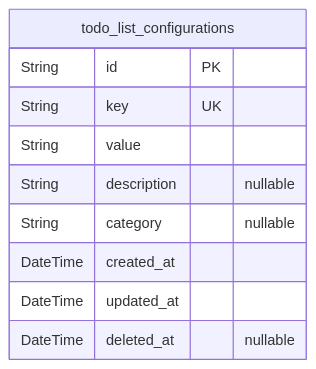
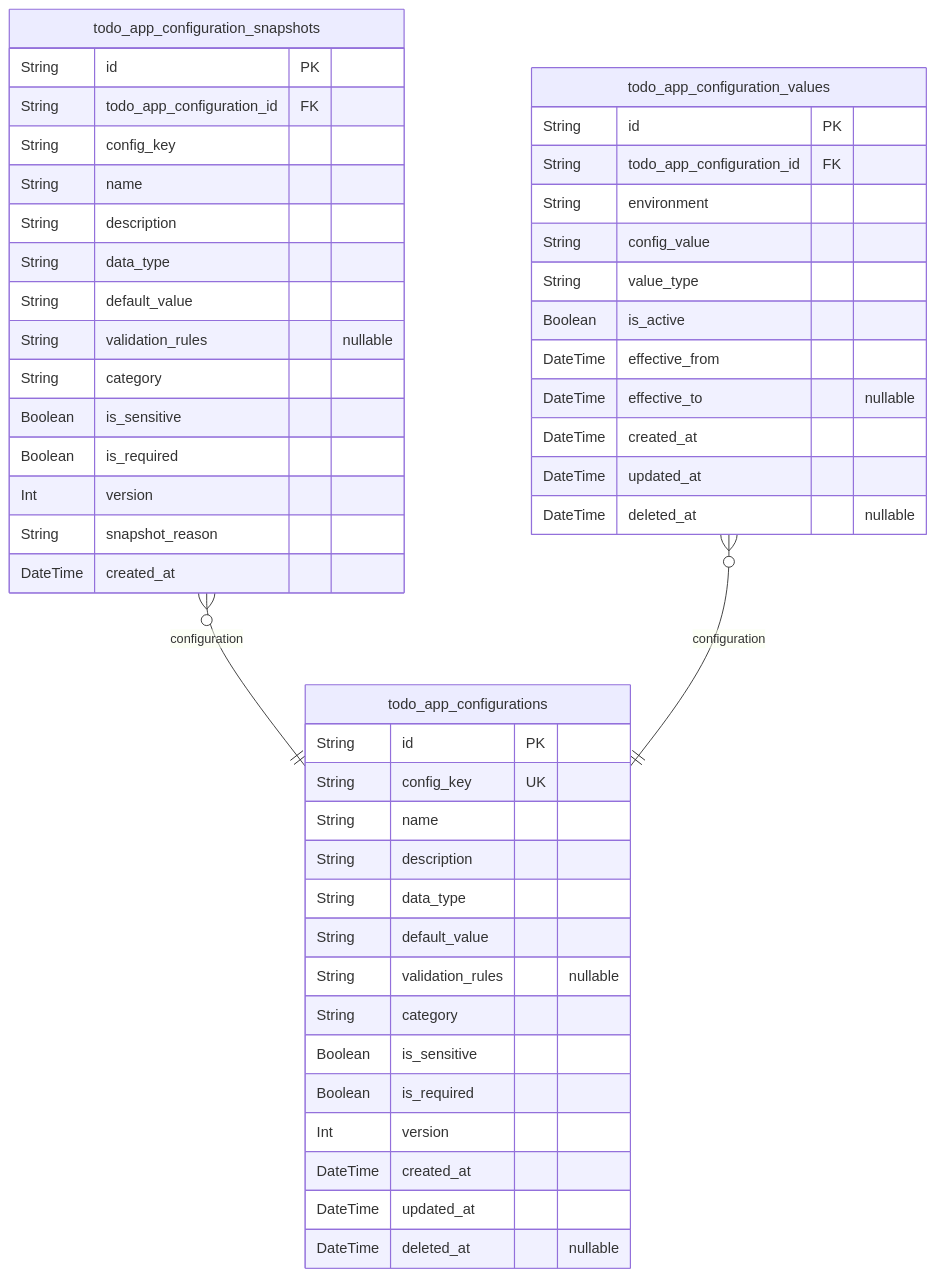
Before and after one commit to wrtnlabs/autobe-examples: the first of 4 diagrams in deepseek/deepseek-v3.1-terminus-exacto/todo/docs/ERD.md, drawn with Mermaid. The commit also changed other lines of this file and 8017 other files, not shown here.

````diff
--- a/deepseek/deepseek-v3.1-terminus-exacto/todo/docs/ERD.md
+++ b/deepseek/deepseek-v3.1-terminus-exacto/todo/docs/ERD.md
@@ -11,13 +12,50 @@
 ```mermaid
 erDiagram
-"todo_list_configurations" {
+"todo_app_configurations" {
   String id PK
-  String key UK
-  String value
-  String description "nullable"
-  String category "nullable"
+  String config_key UK
+  String name
+  String description
+  String data_type
+  String default_value
+  String validation_rules "nullable"
+  String category
+  Boolean is_sensitive
+  Boolean is_required
+  Int version
   DateTime created_at
   DateTime updated_at
   DateTime deleted_at "nullable"
 }
+"todo_app_configuration_snapshots" {
+  String id PK
+  String todo_app_configuration_id FK
+  String config_key
+  String name
+  String description
+  String data_type
+  String default_value
+  String validation_rules "nullable"
+  String category
+  Boolean is_sensitive
+  Boolean is_required
+  Int version
+  String snapshot_reason
+  DateTime created_at
+}
+"todo_app_configuration_values" {
+  String id PK
+  String todo_app_configuration_id FK
+  String environment
+  String config_value
+  String value_type
+  Boolean is_active
+  DateTime effective_from
+  DateTime effective_to "nullable"
+  DateTime created_at
+  DateTime updated_at
+  DateTime deleted_at "nullable"
+}
+"todo_app_configuration_snapshots" }o--|| "todo_app_configurations" : configuration
+"todo_app_configuration_values" }o--|| "todo_app_configurations" : configuration
 ```
````
